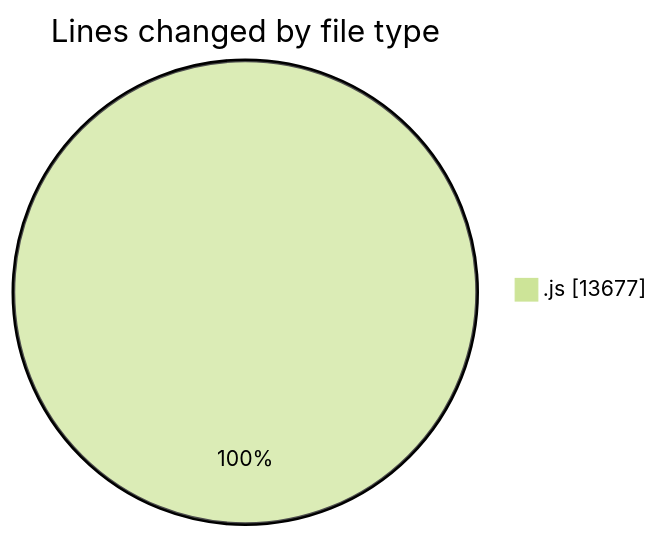
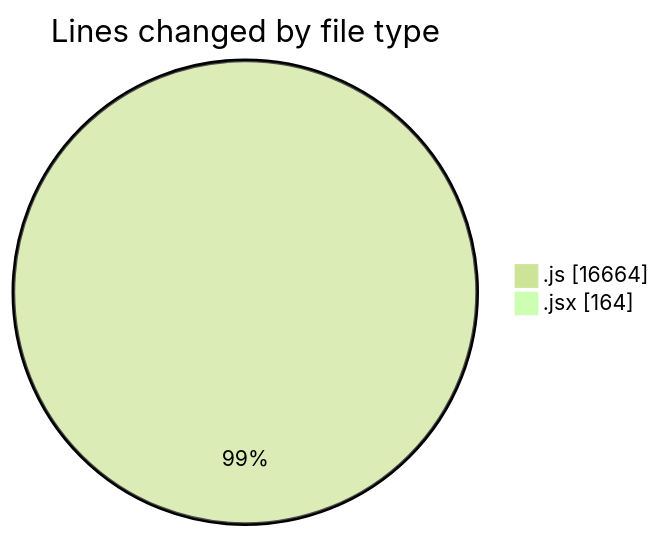
One commit to nxtqubesakshisongat/code-tracking changed the first of 2 diagrams in 2025-12-09/nxtqube_webapp/README.md. Above: the diagram before and after it, drawn with Mermaid (forest theme). The commit also changed other lines of this file and 1 other file, not shown here.

````diff
--- a/2025-12-09/nxtqube_webapp/README.md
+++ b/2025-12-09/nxtqube_webapp/README.md
@@ -20,5 +22,6 @@
 ```mermaid
 pie showData
 title Lines changed by file type
-".js" : 13677
+".js" : 16664
+".jsx" : 164
 ```
````
